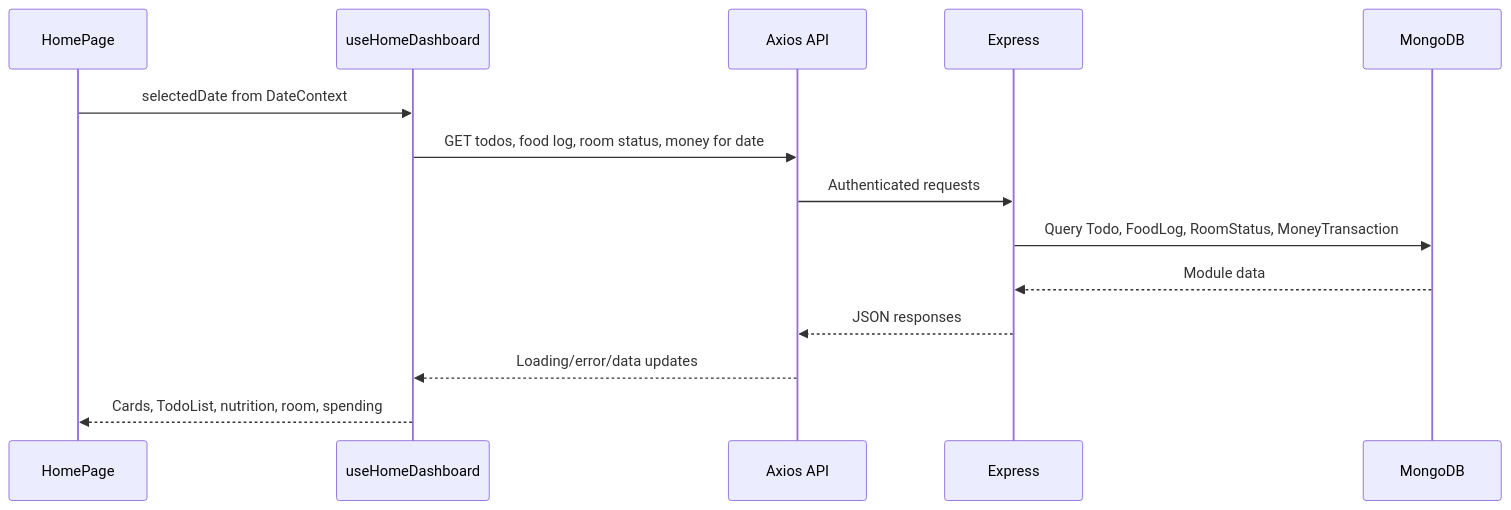
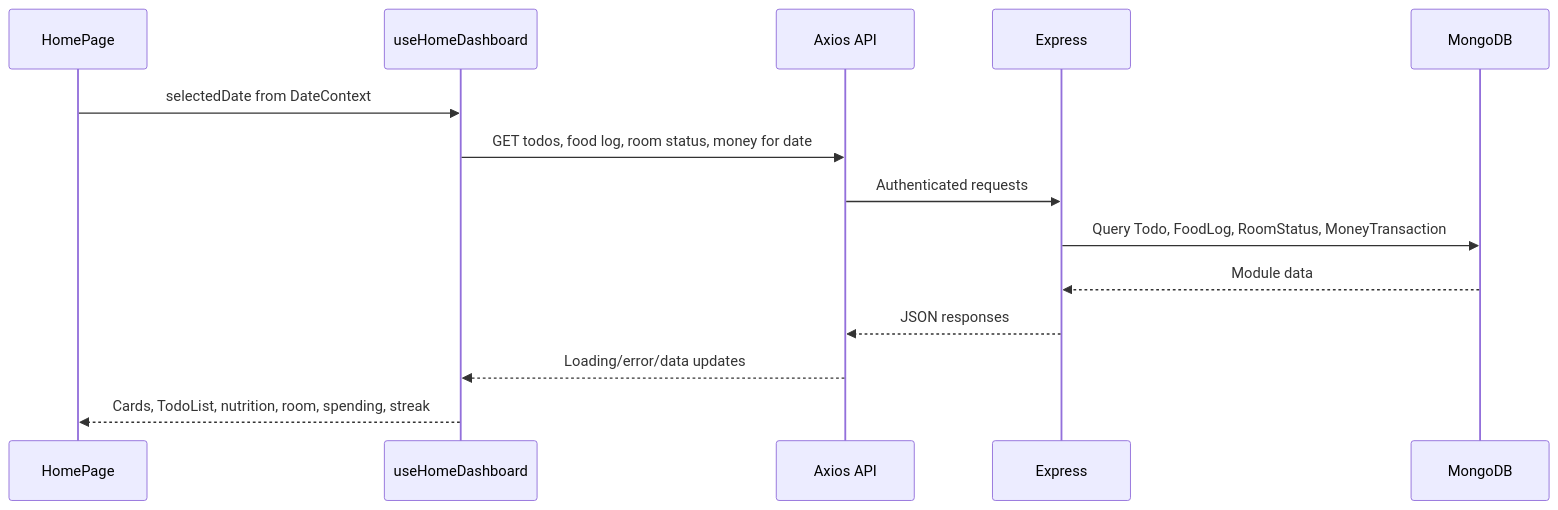
Before and after one commit to Himeshkar11/IkiGai: the fifth of 6 diagrams in PROJECT_ARCHITECTURE.md, drawn with Mermaid. The commit also changed other lines of this file and 31 other files, not shown here.

````diff
--- a/PROJECT_ARCHITECTURE.md
+++ b/PROJECT_ARCHITECTURE.md
@@ -657,17 +696,17 @@
 ```mermaid
 sequenceDiagram
     participant H as HomePage
     participant D as useHomeDashboard
     participant API as Axios API
     participant E as Express
     participant DB as MongoDB
 
     H->>D: selectedDate from DateContext
     D->>API: GET todos, food log, room status, money for date
     API->>E: Authenticated requests
     E->>DB: Query Todo, FoodLog, RoomStatus, MoneyTransaction
     DB-->>E: Module data
     E-->>API: JSON responses
     API-->>D: Loading/error/data updates
-    D-->>H: Cards, TodoList, nutrition, room, spending
+    D-->>H: Cards, TodoList, nutrition, room, spending, streak
 ```
````
